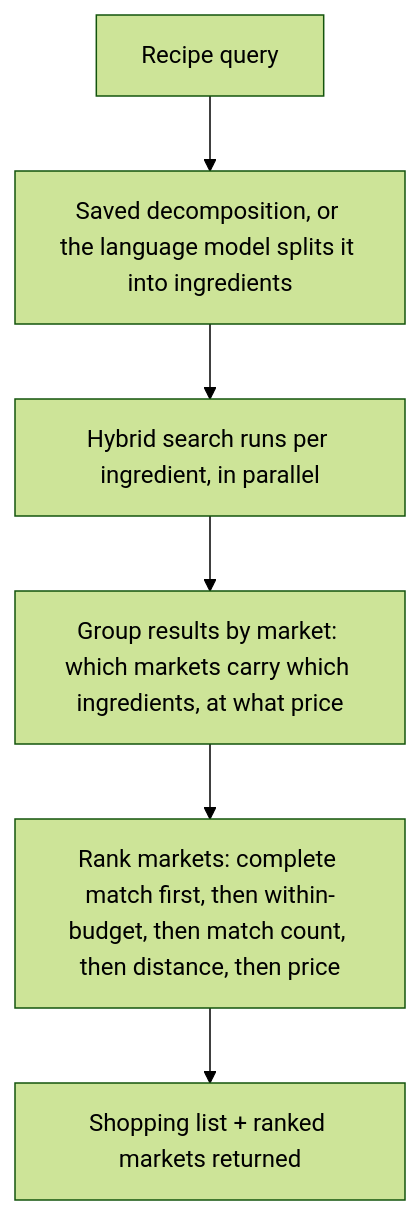
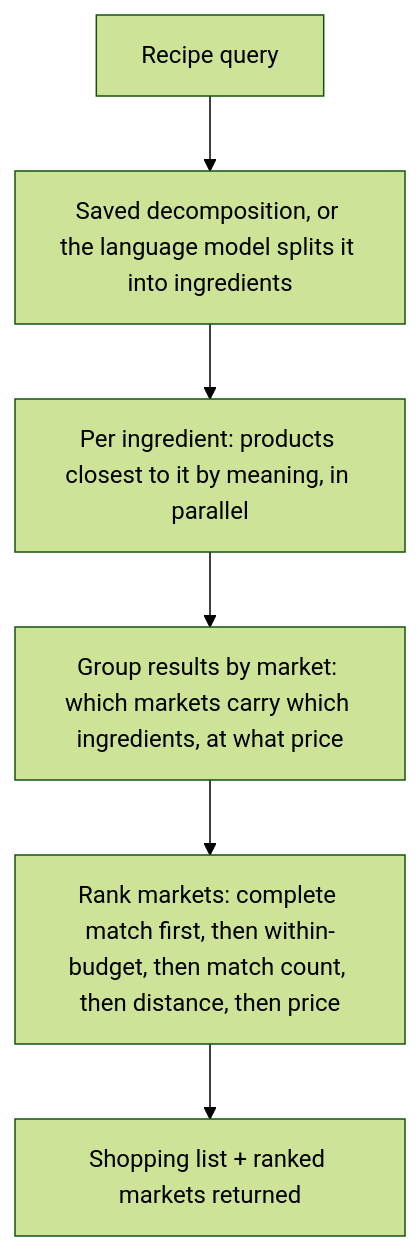
One commit to martintrifunov/obrok changed the second of 2 diagrams in apps/docs/concepts/search-and-recipes.md. Above: the diagram before and after it, drawn with Mermaid (forest theme). The commit also changed other lines of this file and 6 other files, not shown here.

Commit message:
feat(search): price meal ingredients by closest match and group stores by chain

````diff
--- a/apps/docs/concepts/search-and-recipes.md
+++ b/apps/docs/concepts/search-and-recipes.md
@@ -35,8 +35,8 @@
 ```mermaid
 flowchart TD
     A[Recipe query] --> B[Saved decomposition, or the language model splits it into ingredients]
-    B --> C[Hybrid search runs per ingredient, in parallel]
+    B --> C[Per ingredient: products closest to it by meaning, in parallel]
     C --> D[Group results by market: which markets carry which ingredients, at what price]
     D --> E[Rank markets: complete match first, then within-budget, then match count, then distance, then price]
     E --> F[Shopping list + ranked markets returned]
 ```
````
